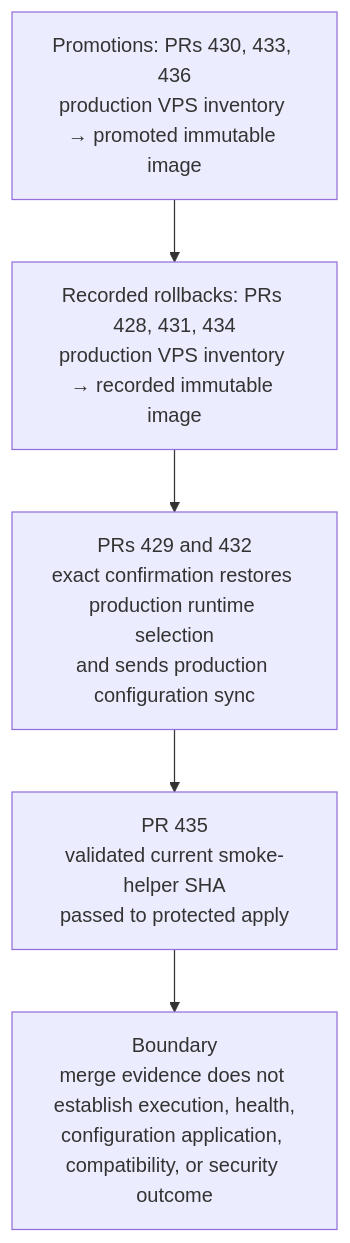
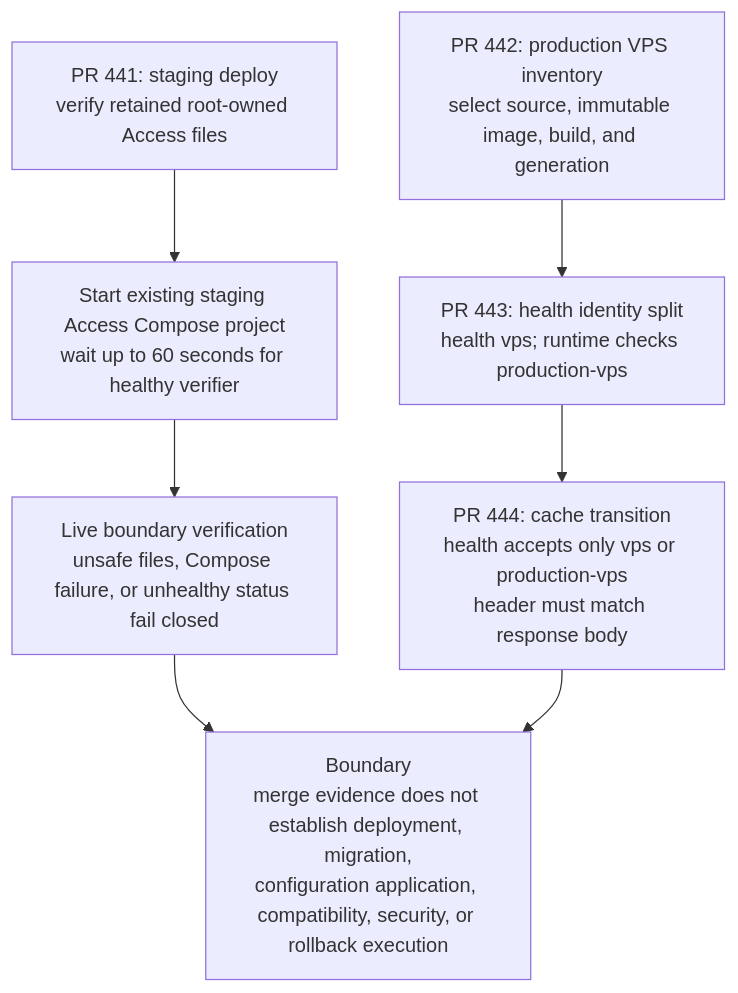
Before and after one commit to ramideltoro/nutsnews-docs: the diagram in diagrams/updates/AUTOMATED_NUTSNEWS_INFRA_MERGE_LOG.mmd, drawn with Mermaid. The commit also changed 5 other files, not shown here.

Commit message:
docs(auto): document ramideltoro/nutsnews-infra PRs 441,442,443,444

```diff
--- a/diagrams/updates/AUTOMATED_NUTSNEWS_INFRA_MERGE_LOG.mmd
+++ b/diagrams/updates/AUTOMATED_NUTSNEWS_INFRA_MERGE_LOG.mmd
@@ -1,7 +1,9 @@
 flowchart TD
   accTitle: NutsNews infrastructure merge sequence
-  accDescr: Three promotions set the production VPS inventory to one immutable image, three rollbacks restore a recorded immutable image, and workflow changes strengthen fixed rollback runtime configuration and smoke validation.
-  P["Promotions: PRs 430, 433, 436\nproduction VPS inventory → promoted immutable image"] --> R["Recorded rollbacks: PRs 428, 431, 434\nproduction VPS inventory → recorded immutable image"]
-  R --> G["PRs 429 and 432\nexact confirmation restores production runtime selection\nand sends production configuration sync"]
-  G --> H["PR 435\nvalidated current smoke-helper SHA\npassed to protected apply"]
-  H --> B["Boundary\nmerge evidence does not establish execution, health,\nconfiguration application, compatibility, or security outcome"]
+  accDescr: Four July 30 merges restore an auto-idled staging Access verifier, select a production VPS image, and constrain public health identity during a cache transition. Execution outcomes are not established by the merges.
+  A["PR 441: staging deploy\nverify retained root-owned Access files"] --> B["Start existing staging Access Compose project\nwait up to 60 seconds for healthy verifier"]
+  B --> C["Live boundary verification\nunsafe files, Compose failure, or unhealthy status fail closed"]
+  D["PR 442: production VPS inventory\nselect source, immutable image, build, and generation"] --> E["PR 443: health identity split\nhealth vps; runtime checks production-vps"]
+  E --> F["PR 444: cache transition\nhealth accepts only vps or production-vps\nheader must match response body"]
+  C --> G["Boundary\nmerge evidence does not establish deployment, migration,\nconfiguration application, compatibility, security, or rollback execution"]
+  F --> G
```
